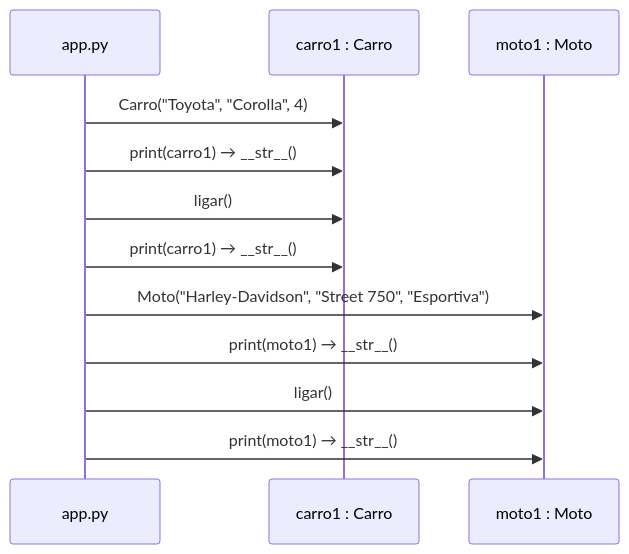
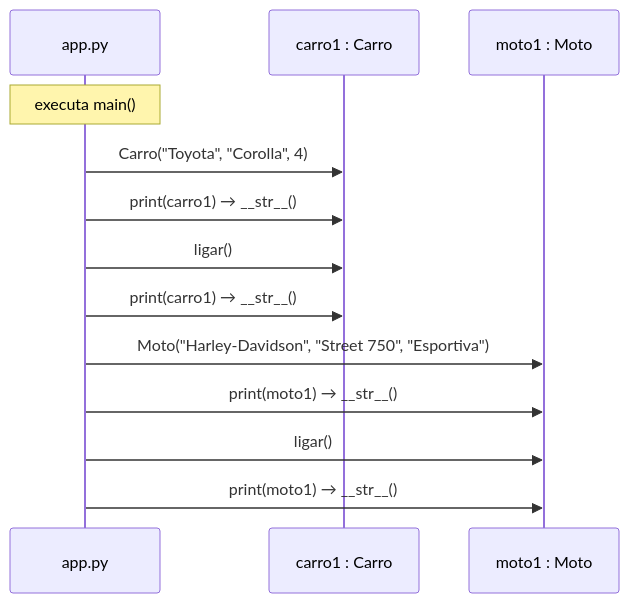
The third of 3 diagrams in python/alura/carreira/NIVEL1/03-objetos-API/VEICULOS/README.md (marcuswlima/learning), drawn with Mermaid before and after one commit. The commit also changed other lines of this file and 4 other files, not shown here.

````diff
--- a/python/alura/carreira/NIVEL1/03-objetos-API/VEICULOS/README.md
+++ b/python/alura/carreira/NIVEL1/03-objetos-API/VEICULOS/README.md
@@ -124,15 +148,16 @@
 ```mermaid
 sequenceDiagram
     participant App as app.py
     participant C as carro1 : Carro
     participant M as moto1 : Moto
 
+    Note over App: executa main()
     App->>C: Carro("Toyota", "Corolla", 4)
     App->>C: print(carro1)  →  __str__()
     App->>C: ligar()
     App->>C: print(carro1)  →  __str__()
     App->>M: Moto("Harley-Davidson", "Street 750", "Esportiva")
     App->>M: print(moto1)  →  __str__()
     App->>M: ligar()
     App->>M: print(moto1)  →  __str__()
 ```
````
